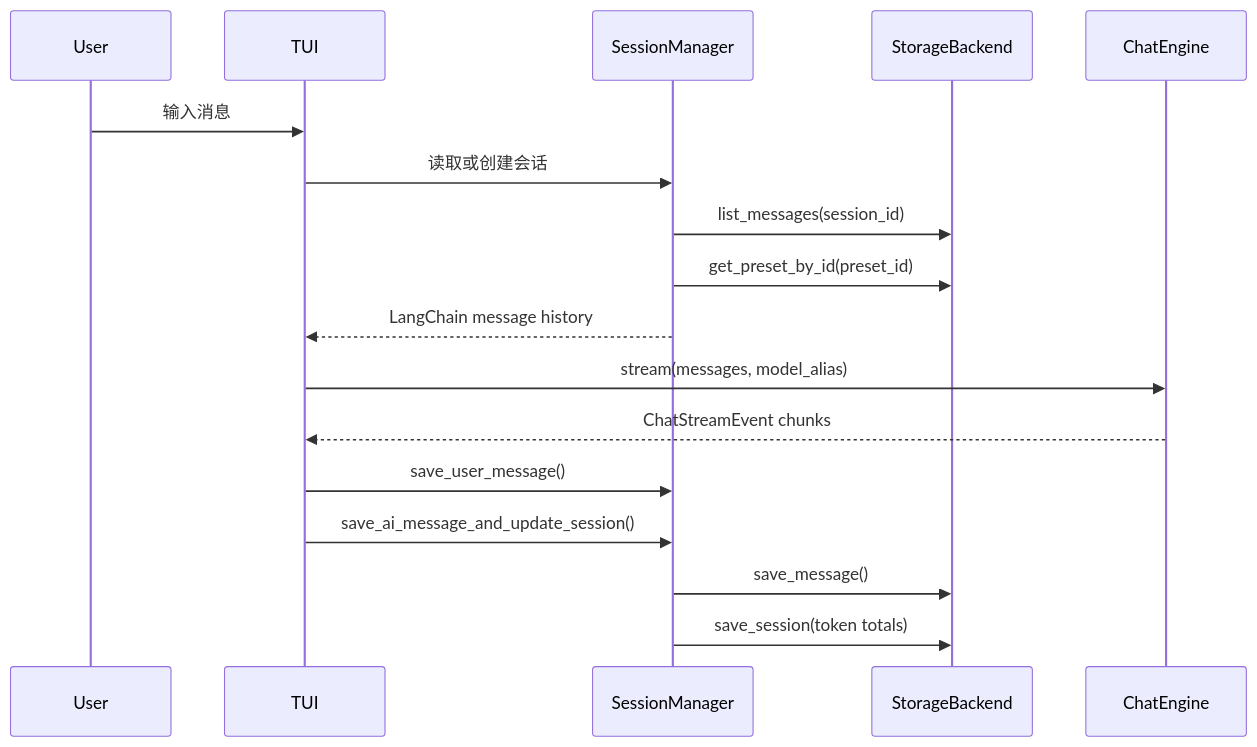
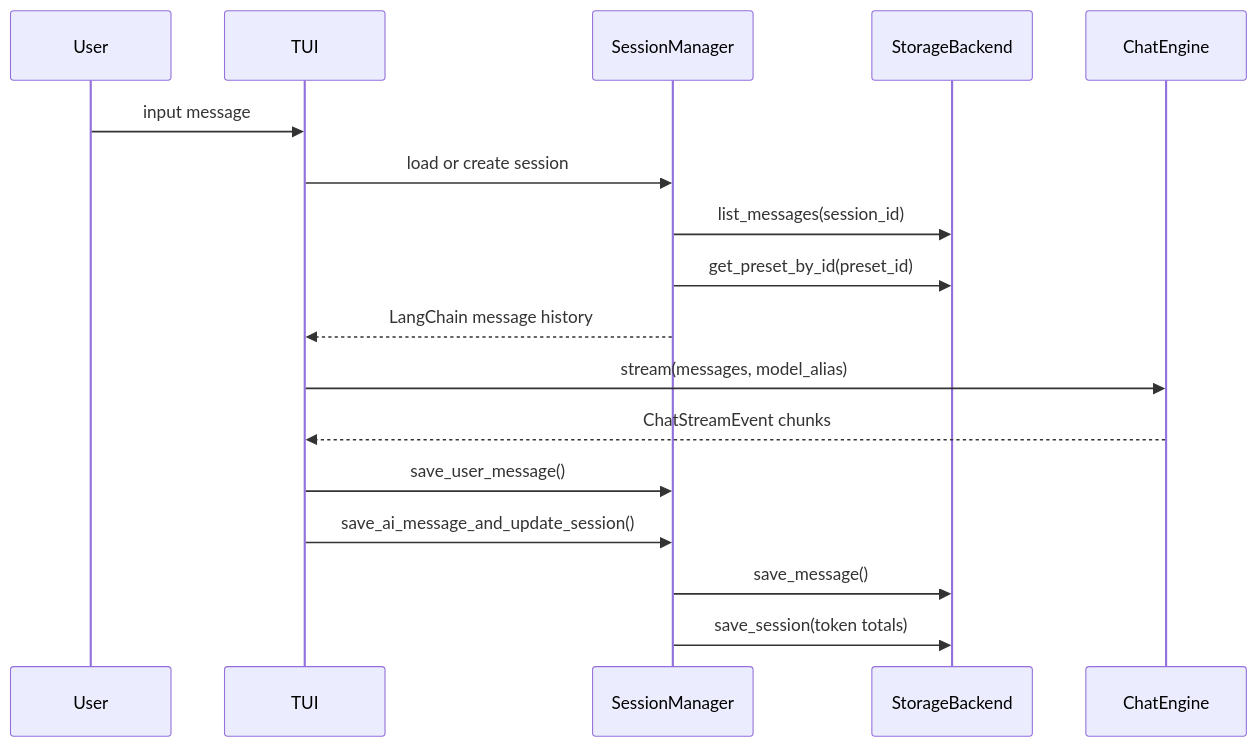
One commit to sgreenletto/langchain-chat changed the fourth of 6 diagrams in docs/architecture.md. Above: the diagram before and after it, drawn with Mermaid. The commit also changed other lines of this file and 15 other files, not shown here.

````diff
--- a/docs/architecture.md
+++ b/docs/architecture.md
@@ -86,20 +135,20 @@
 ```mermaid
 sequenceDiagram
     participant User as User
     participant TUI as TUI
     participant Session as SessionManager
     participant Storage as StorageBackend
     participant Engine as ChatEngine
 
-    User->>TUI: 输入消息
-    TUI->>Session: 读取或创建会话
+    User->>TUI: input message
+    TUI->>Session: load or create session
     Session->>Storage: list_messages(session_id)
     Session->>Storage: get_preset_by_id(preset_id)
     Session-->>TUI: LangChain message history
     TUI->>Engine: stream(messages, model_alias)
     Engine-->>TUI: ChatStreamEvent chunks
     TUI->>Session: save_user_message()
     TUI->>Session: save_ai_message_and_update_session()
     Session->>Storage: save_message()
     Session->>Storage: save_session(token totals)
 ```
````
